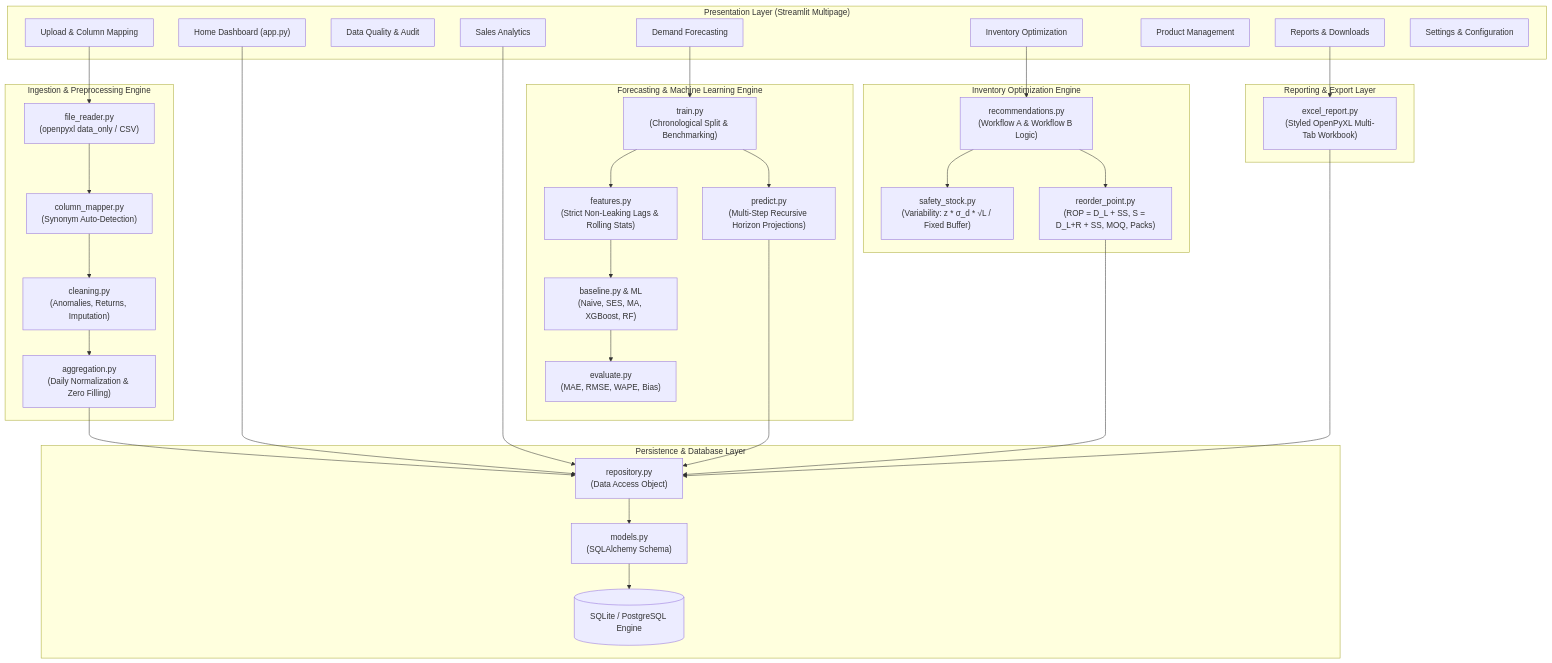
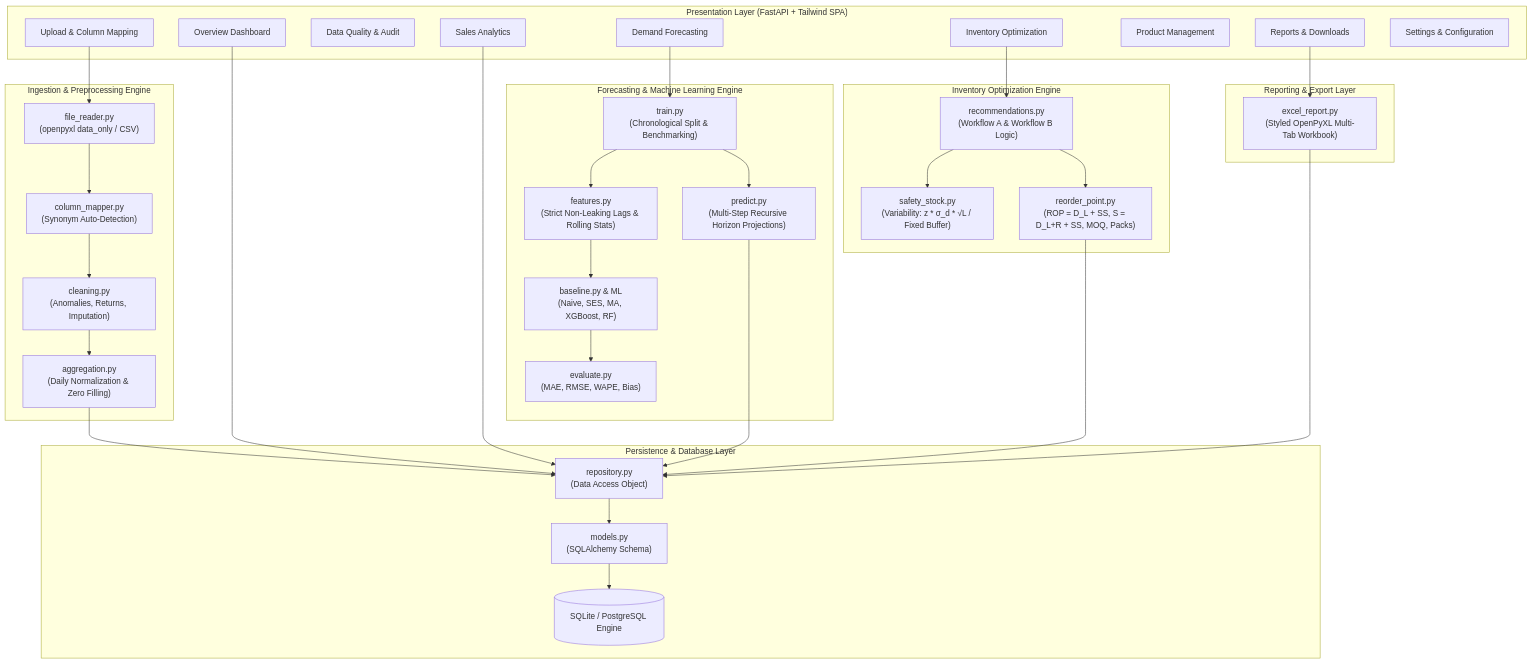
One commit to mayursable-17/retail-forecasting-system changed the first of 3 diagrams in docs/architecture.md. Above: the diagram before and after it, drawn with Mermaid. The commit also changed other lines of this file and 25 other files, not shown here.

Commit message:
feat: migrate from Streamlit to FastAPI and modern Tailwind SPA for Vercel deployment

````diff
--- a/docs/architecture.md
+++ b/docs/architecture.md
@@ -9,55 +9,55 @@
 ```mermaid
 flowchart TD
-    subgraph UI ["Presentation Layer (Streamlit Multipage)"]
-        Dashboard["Home Dashboard (app.py)"]
+    subgraph UI ["Presentation Layer (FastAPI + Tailwind SPA)"]
+        Dashboard["Overview Dashboard"]
         UploadPage["Upload & Column Mapping"]
         QualityPage["Data Quality & Audit"]
         AnalyticsPage["Sales Analytics"]
         ForecastPage["Demand Forecasting"]
         InventoryPage["Inventory Optimization"]
         ProductPage["Product Management"]
         ReportsPage["Reports & Downloads"]
         SettingsPage["Settings & Configuration"]
     end
 
     subgraph Ingestion ["Ingestion & Preprocessing Engine"]
         Reader["file_reader.py<br/>(openpyxl data_only / CSV)"]
         Mapper["column_mapper.py<br/>(Synonym Auto-Detection)"]
         Cleaner["cleaning.py<br/>(Anomalies, Returns, Imputation)"]
         Aggregator["aggregation.py<br/>(Daily Normalization & Zero Filling)"]
     end
 
     subgraph Forecasting ["Forecasting & Machine Learning Engine"]
         Trainer["train.py<br/>(Chronological Split & Benchmarking)"]
         Features["features.py<br/>(Strict Non-Leaking Lags & Rolling Stats)"]
         Models["baseline.py & ML<br/>(Naive, SES, MA, XGBoost, RF)"]
         Evaluator["evaluate.py<br/>(MAE, RMSE, WAPE, Bias)"]
         Predictor["predict.py<br/>(Multi-Step Recursive Horizon Projections)"]
     end
 
     subgraph Optimization ["Inventory Optimization Engine"]
         SafetyStock["safety_stock.py<br/>(Variability: z * σ_d * √L / Fixed Buffer)"]
         ROP["reorder_point.py<br/>(ROP = D_L + SS, S = D_L+R + SS, MOQ, Packs)"]
         Recommender["recommendations.py<br/>(Workflow A & Workflow B Logic)"]
     end
 
     subgraph DataAccess ["Persistence & Database Layer"]
         Repo["repository.py<br/>(Data Access Object)"]
         ORM["models.py<br/>(SQLAlchemy Schema)"]
         DB[(SQLite / PostgreSQL Engine)]
     end
 
     subgraph Exports ["Reporting & Export Layer"]
         ExcelGen["excel_report.py<br/>(Styled OpenPyXL Multi-Tab Workbook)"]
     end
 
     UploadPage --> Reader --> Mapper --> Cleaner --> Aggregator --> Repo
     Repo --> ORM --> DB
     Dashboard --> Repo
     AnalyticsPage --> Repo
     ForecastPage --> Trainer --> Features --> Models --> Evaluator
     Trainer --> Predictor --> Repo
     InventoryPage --> Recommender --> SafetyStock
     Recommender --> ROP --> Repo
     ReportsPage --> ExcelGen --> Repo
 ```
````
